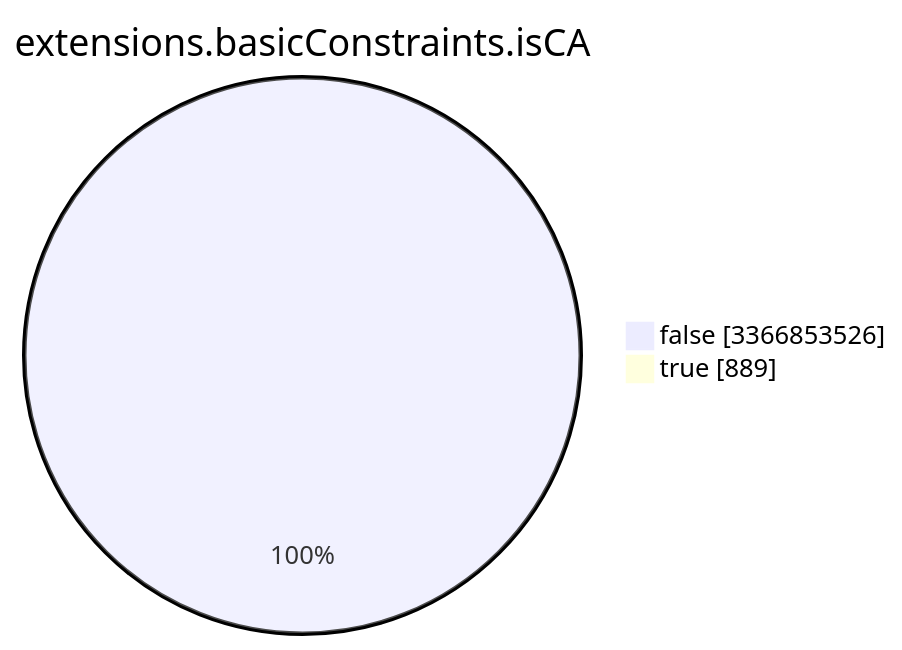
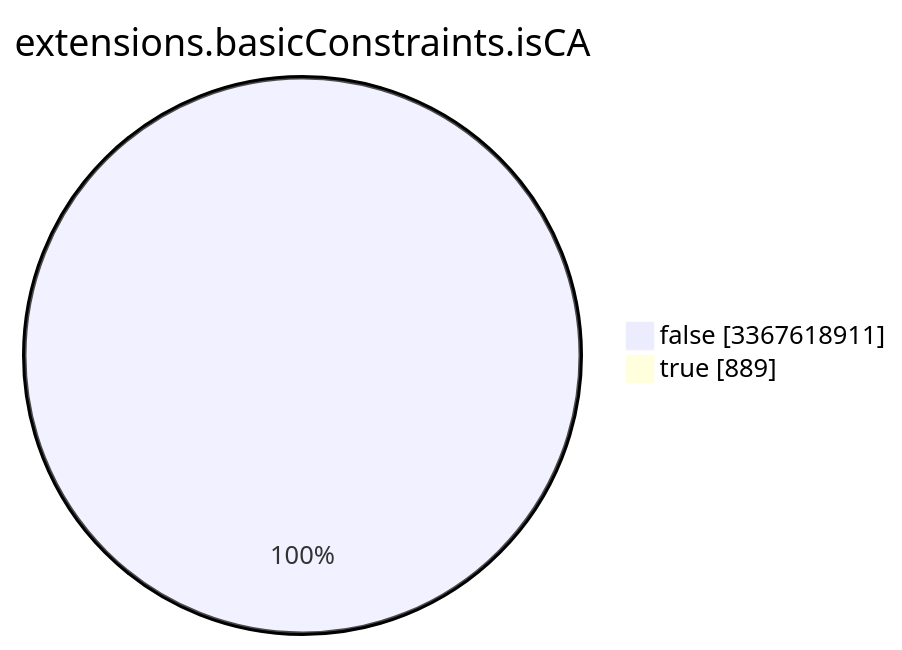
Before and after one commit to christiankrug/ctmonitor_visualization: the seventh of 15 diagrams in TOTAL/README.md, drawn with Mermaid. The commit also changed other lines of this file, not shown here.

````diff
--- a/TOTAL/README.md
+++ b/TOTAL/README.md
@@ -3090,6 +3090,6 @@
 ```mermaid
 pie showData
 title extensions.basicConstraints.isCA
-"false" :3366853526
+"false" :3367618911
 "true" :889
 ```
````
